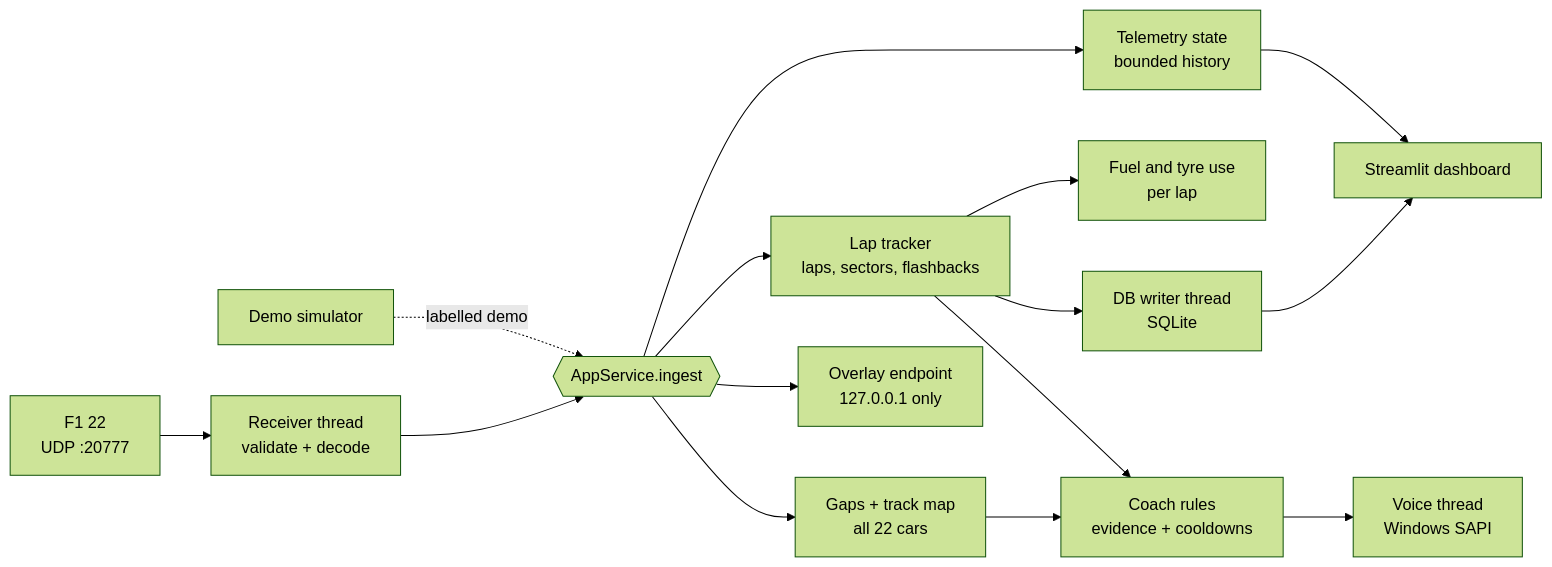
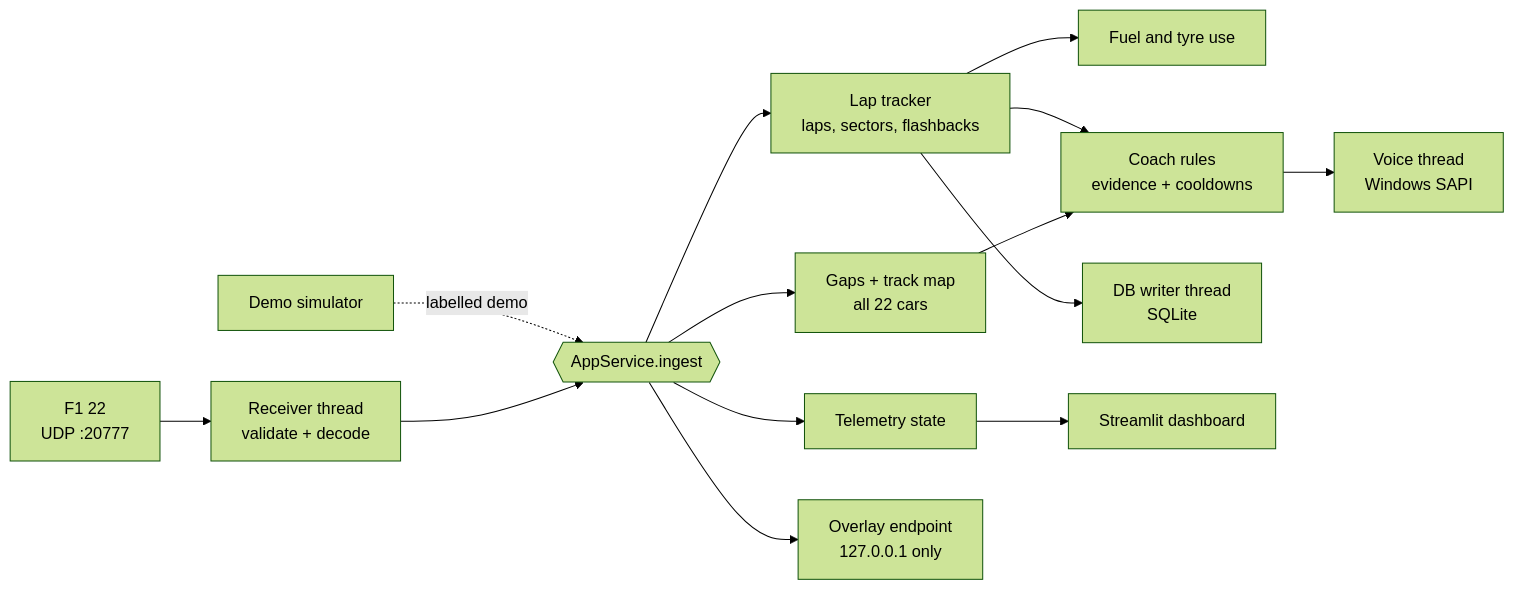
Before and after one commit to arjun-nair1090/purplesector: the diagram in README.md, drawn with Mermaid (forest theme). The commit also changed other lines of this file and 22 other files, not shown here.

````diff
--- a/README.md
+++ b/README.md
@@ -163,17 +137,16 @@
 ```mermaid
 flowchart LR
     G[F1 22<br>UDP :20777] --> R[Receiver thread<br>validate + decode]
     D[Demo simulator] -. labelled demo .-> S
     R --> S{{AppService.ingest}}
-    S --> T[Telemetry state<br>bounded history]
+    S --> T[Telemetry state]
     S --> L[Lap tracker<br>laps, sectors, flashbacks]
     S --> P[Gaps + track map<br>all 22 cars]
-    L --> F[Fuel and tyre use<br>per lap]
+    L --> F[Fuel and tyre use]
     L --> C[Coach rules<br>evidence + cooldowns]
     P --> C
     C --> V[Voice thread<br>Windows SAPI]
     L --> W[DB writer thread<br>SQLite]
     T --> UI[Streamlit dashboard]
-    W --> UI
     S --> O[Overlay endpoint<br>127.0.0.1 only]
 ```
````
